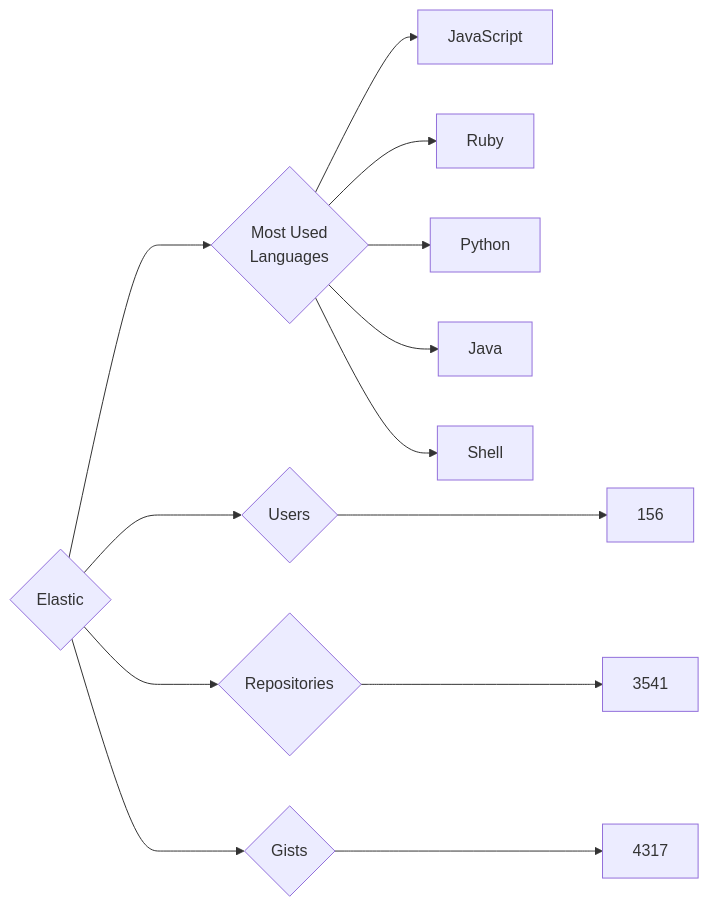
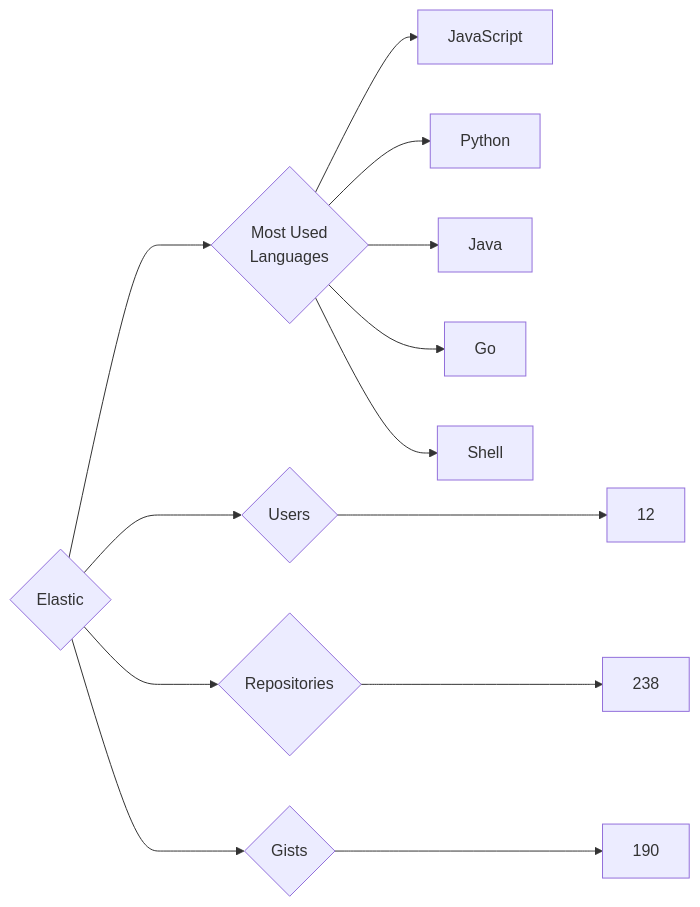
One commit to trickest/insiders changed the diagram in targets/Elastic/README.md. Above: the diagram before and after it, drawn with Mermaid. The commit also changed 569 other files, not shown here.

````diff
--- a/targets/Elastic/README.md
+++ b/targets/Elastic/README.md
@@ -3,13 +3,13 @@
 ```mermaid
 graph LR
 COMPANY_NAME{Elastic}
-COMPANY_NAME ---> U{Users} ---> UN[156]
-COMPANY_NAME ---> R{Repositories} ---> RN[3541]
-COMPANY_NAME ---> G{Gists} ---> GN[4317]
+COMPANY_NAME ---> U{Users} ---> UN[12]
+COMPANY_NAME ---> R{Repositories} ---> RN[238]
+COMPANY_NAME ---> G{Gists} ---> GN[190]
 COMPANY_NAME ---> ML{Most Used<br>Languages}
 ML --> JavaScript[JavaScript]
-ML --> Ruby[Ruby]
 ML --> Python[Python]
 ML --> Java[Java]
+ML --> Go[Go]
 ML --> Shell[Shell]
 ```
````
